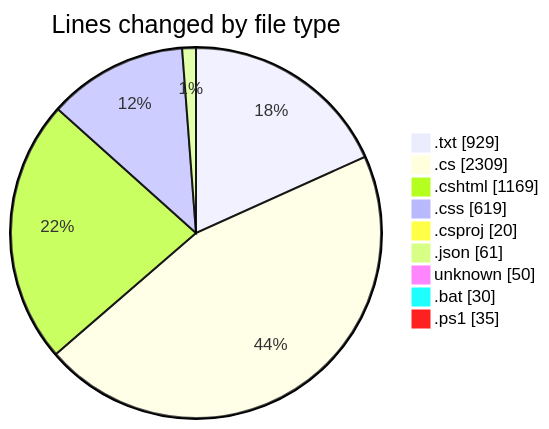
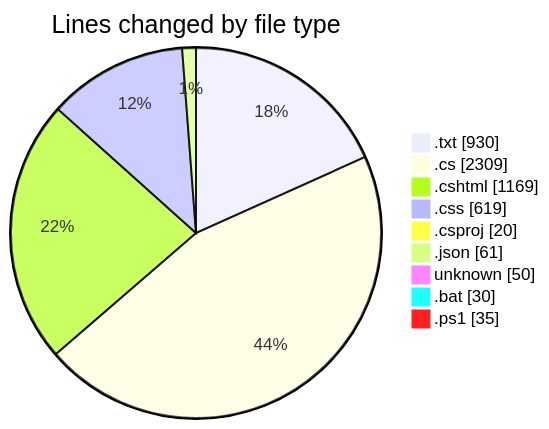
One commit to lephambinh05/code-tracking changed the first of 2 diagrams in 2025-07-26/quanlyrapchieuphim-1/README.md. Above: the diagram before and after it, drawn with Mermaid. The commit also changed other lines of this file and 1 other file, not shown here.

````diff
--- a/2025-07-26/quanlyrapchieuphim-1/README.md
+++ b/2025-07-26/quanlyrapchieuphim-1/README.md
@@ -37,13 +37,13 @@
 ```mermaid
 pie showData
 title Lines changed by file type
-".txt" : 929
+".txt" : 930
 ".cs" : 2309
 ".cshtml" : 1169
 ".css" : 619
 ".csproj" : 20
 ".json" : 61
 "unknown" : 50
 ".bat" : 30
 ".ps1" : 35
 ```
````
